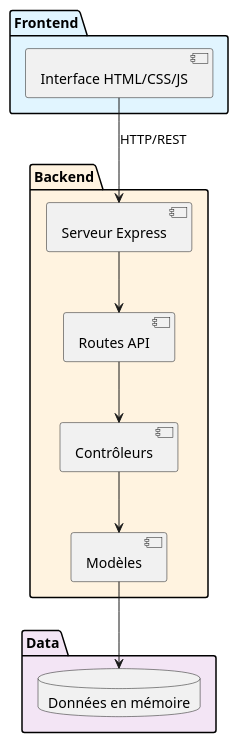
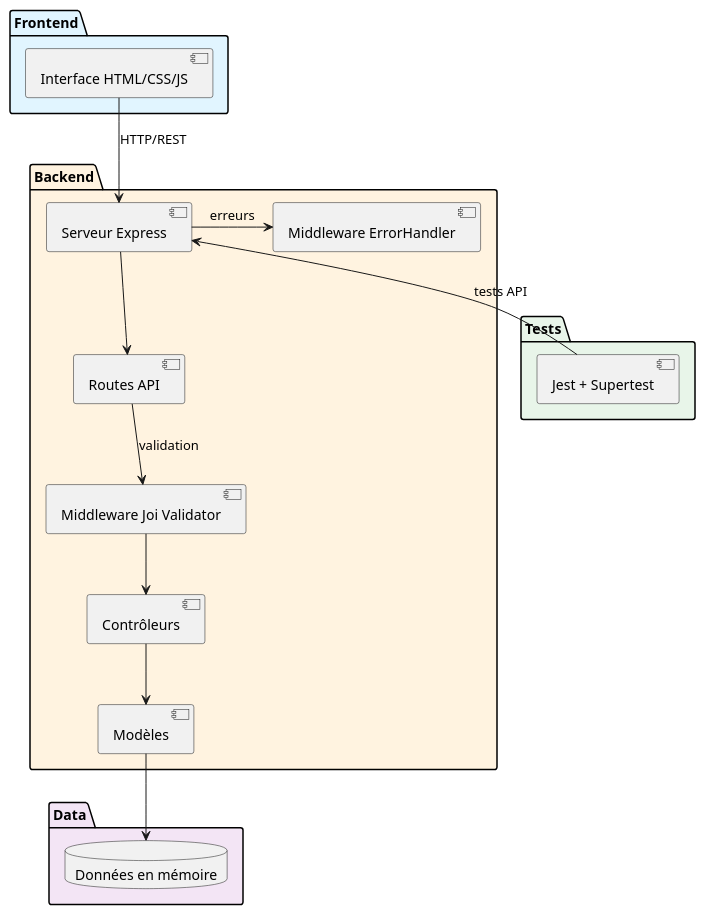
Before and after one commit to malek0501/DoneProject: the diagram in diagramme/architecture.puml, drawn with PlantUML. The commit also changed 20 other files, not shown here.

First line of the commit message:
✅ DONE-27: Implémentation validation Joi + tests Jest + gestion erreurs + MongoDB

```diff
--- a/diagramme/architecture.puml
+++ b/diagramme/architecture.puml
@@ -1,22 +1,31 @@
 @startuml
 package "Frontend" #e1f5ff {
     [Interface HTML/CSS/JS]
 }
 
 package "Backend" #fff3e0 {
     [Serveur Express]
+    [Middleware Joi Validator]
+    [Middleware ErrorHandler]
     [Routes API]
     [Contrôleurs]
     [Modèles]
 }
 
 package "Data" #f3e5f5 {
     database "Données en mémoire"
 }
 
+package "Tests" #e8f5e9 {
+    [Jest + Supertest]
+}
+
 [Interface HTML/CSS/JS] -down-> [Serveur Express] : HTTP/REST
 [Serveur Express] -down-> [Routes API]
-[Routes API] -down-> [Contrôleurs]
+[Routes API] -down-> [Middleware Joi Validator] : validation
+[Middleware Joi Validator] -down-> [Contrôleurs]
 [Contrôleurs] -down-> [Modèles]
 [Modèles] -down-> "Données en mémoire"
+[Serveur Express] -right-> [Middleware ErrorHandler] : erreurs
+[Jest + Supertest] -up-> [Serveur Express] : tests API
 @enduml
```
